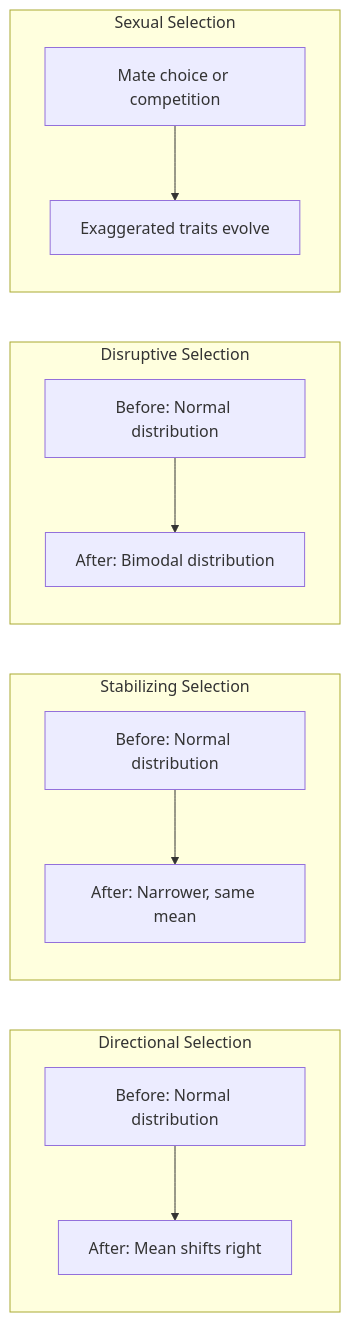
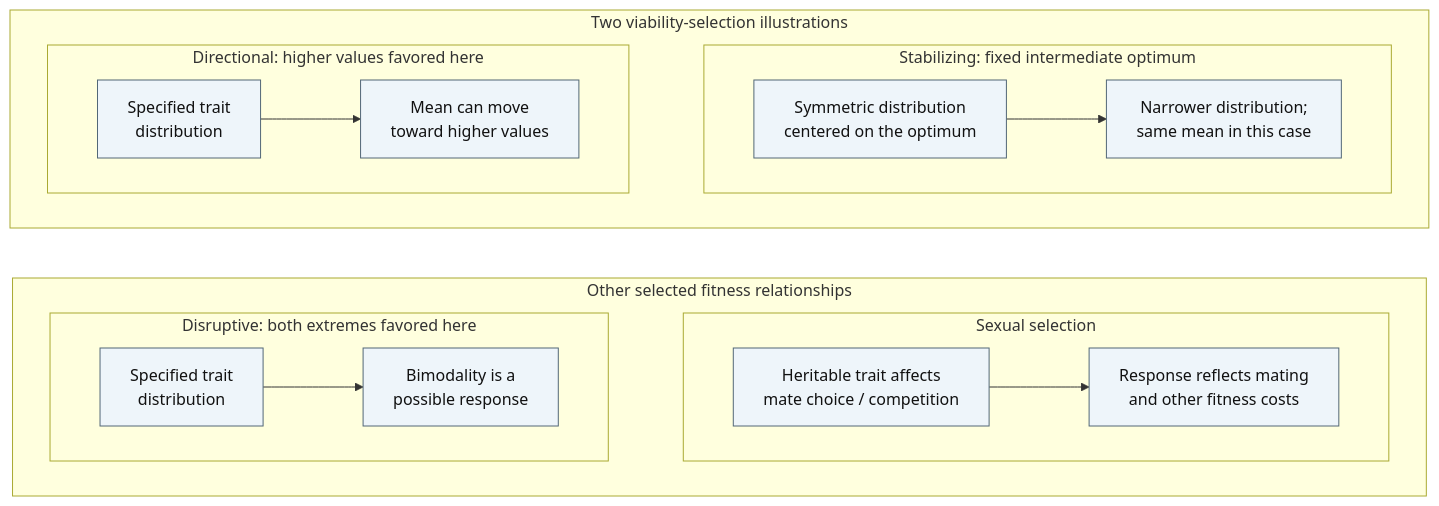
The second of 3 diagrams in docs/manuscript/unit_VI/evolution_and_selection.md (docxology/biology_textbook), drawn with Mermaid before and after one commit. The commit also changed other lines of this file and 41 other files, not shown here.

````diff
--- a/docs/manuscript/unit_VI/evolution_and_selection.md
+++ b/docs/manuscript/unit_VI/evolution_and_selection.md
@@ -209,15 +218,33 @@
 ```mermaid
-flowchart LR
-    subgraph Directional["Directional Selection"]
-        D1["Before: Normal distribution"] --> D2["After: Mean shifts right"]
+---
+config:
+  layout: dagre
+---
+flowchart TB
+    subgraph ROW1["Two viability-selection illustrations"]
+        direction LR
+        subgraph Directional["Directional: higher values favored here"]
+            direction LR
+            D1["Specified trait<br/>distribution"] --> D2["Mean can move<br/>toward higher values"]
+        end
+        subgraph Stabilizing["Stabilizing: fixed intermediate optimum"]
+            direction LR
+            S1["Symmetric distribution<br/>centered on the optimum"] --> S2["Narrower distribution;<br/>same mean in this case"]
+        end
+        Directional ~~~ Stabilizing
     end
-    subgraph Stabilizing["Stabilizing Selection"]
-        S1["Before: Normal distribution"] --> S2["After: Narrower, same mean"]
+    subgraph ROW2["Other selected fitness relationships"]
+        direction LR
+        subgraph Disruptive["Disruptive: both extremes favored here"]
+            direction LR
+            R1["Specified trait<br/>distribution"] --> R2["Bimodality is a<br/>possible response"]
+        end
+        subgraph Sexual["Sexual selection"]
+            direction LR
+            X1["Heritable trait affects<br/>mate choice / competition"] --> X2["Response reflects mating<br/>and other fitness costs"]
+        end
+        Disruptive ~~~ Sexual
     end
-    subgraph Disruptive["Disruptive Selection"]
-        R1["Before: Normal distribution"] --> R2["After: Bimodal distribution"]
-    end
-    subgraph Sexual["Sexual Selection"]
-        X1["Mate choice or competition"] --> X2["Exaggerated traits evolve"]
-    end
+    ROW1 ~~~ ROW2
+    classDef default fill:#eef5fa,stroke:#526777,color:#111111
 ```
````
